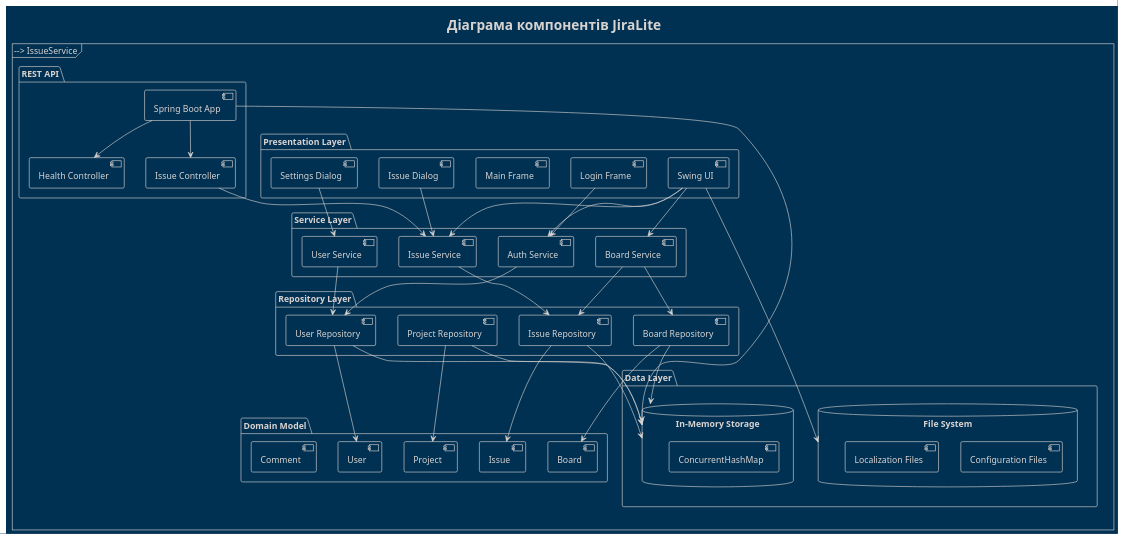
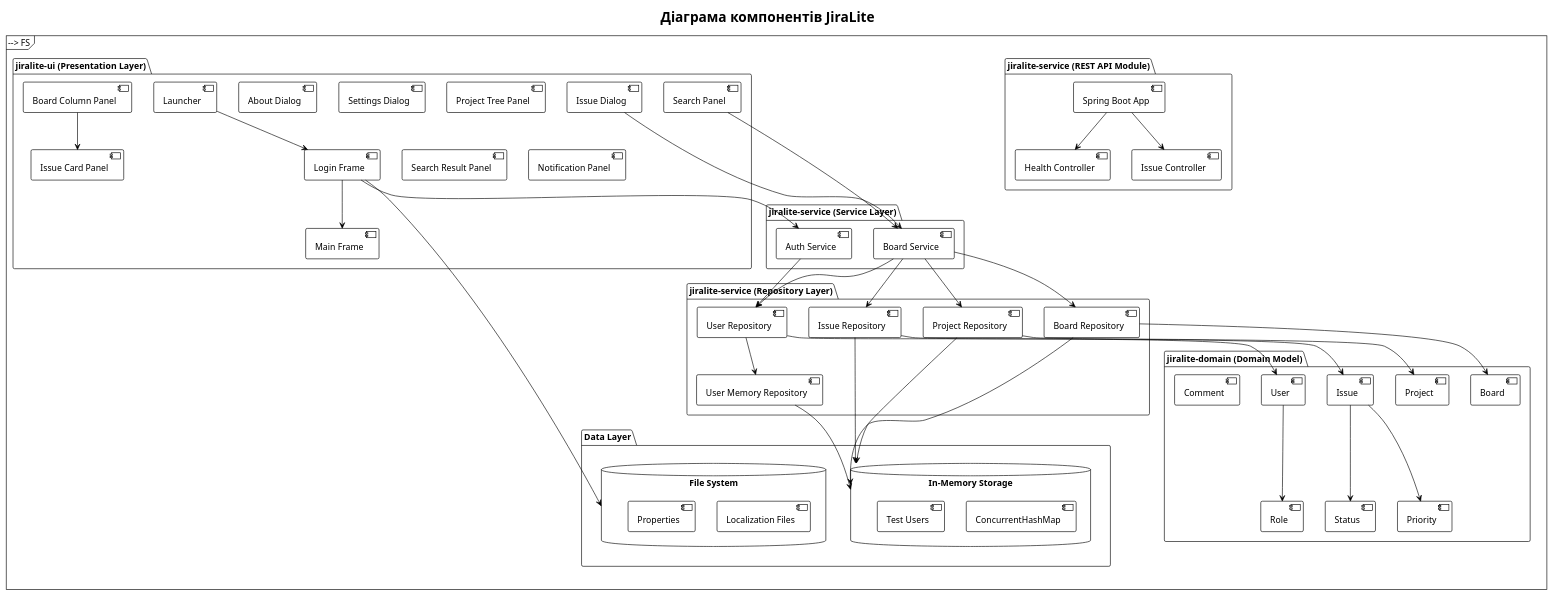
Before and after one commit to trubchinin/jira-light: the diagram in UML/component_diagram.puml, drawn with PlantUML. The commit also changed 11 other files, not shown here.

First line of the commit message:
Виправлено UML діаграми відповідно до фактичної структури проекту

```diff
--- a/UML/component_diagram.puml
+++ b/UML/component_diagram.puml
@@ -1,91 +1,119 @@
 @startuml component_diagram
-!theme blueprint
+!theme plain
+skinparam backgroundColor white
+skinparam defaultFontName Arial
 
 title Діаграма компонентів JiraLite
 
-package "Presentation Layer" {
-  [Swing UI] as UI
+package "jiralite-ui (Presentation Layer)" {
+  [Launcher] as Launcher
   [Login Frame] as LoginFrame
   [Main Frame] as MainFrame
   [Issue Dialog] as IssueDialog
+  [About Dialog] as AboutDialog
   [Settings Dialog] as SettingsDialog
+  [Project Tree Panel] as ProjectTreePanel
+  [Board Column Panel] as BoardColumnPanel
+  [Search Panel] as SearchPanel
+  [Search Result Panel] as SearchResultPanel
+  [Notification Panel] as NotificationPanel
+  [Issue Card Panel] as IssueCardPanel
 }
 
-package "Service Layer" {
+package "jiralite-service (Service Layer)" {
   [Auth Service] as AuthService
   [Board Service] as BoardService
-  [Issue Service] as IssueService
-  [User Service] as UserService
 }
 
-package "Repository Layer" {
+package "jiralite-service (Repository Layer)" {
   [User Repository] as UserRepo
   [Issue Repository] as IssueRepo
   [Project Repository] as ProjectRepo
   [Board Repository] as BoardRepo
+  [User Memory Repository] as UserMemoryRepo
 }
 
-package "Domain Model" {
+package "jiralite-domain (Domain Model)" {
   [User] as UserEntity
   [Issue] as IssueEntity
   [Project] as ProjectEntity
   [Board] as BoardEntity
   [Comment] as CommentEntity
+  [Priority] as PriorityEnum
+  [Status] as StatusEnum
+  [Role] as RoleEnum
 }
 
-package "REST API" {
+package "jiralite-service (REST API Module)" {
   [Health Controller] as HealthController
   [Issue Controller] as IssueController
   [Spring Boot App] as SpringApp
 }
 
 package "Data Layer" {
   database "In-Memory Storage" as Memory {
     [ConcurrentHashMap]
+    [Test Users]
   }
   
   database "File System" as FS {
-    [Configuration Files]
     [Localization Files]
+    [Properties]
   }
 }
 
 ' UI Layer connections
-UI --> AuthService
-UI --> BoardService
-UI --> IssueService
+Launcher --> LoginFrame
+LoginFrame --> AuthService
+LoginFrame --> MainFrame
 
-LoginFrame --> AuthService
 MainFrame --> BoardService
-MainFrame --> IssueService
-IssueDialog --> IssueService
-SettingsDialog --> UserService
+MainFrame --> AuthService
+MainFrame --> ProjectTreePanel
+MainFrame --> BoardColumnPanel
+MainFrame --> SearchPanel
+MainFrame --> SearchResultPanel
+MainFrame --> NotificationPanel
+MainFrame --> IssueDialog
+MainFrame --> AboutDialog
+MainFrame --> SettingsDialog
+
+IssueDialog --> BoardService
+BoardColumnPanel --> IssueCardPanel
+SearchPanel --> BoardService
 
 ' Service Layer connections
 AuthService --> UserRepo
+BoardService --> UserRepo
+BoardService --> IssueRepo
+BoardService --> ProjectRepo
 BoardService --> BoardRepo
-BoardService --> IssueRepo
-IssueService --> IssueRepo
-UserService --> UserRepo
 
-' Repository connections
+' Repository implementations
+UserRepo --> UserMemoryRepo
+
+' Repository connections to domain
 UserRepo --> UserEntity
 IssueRepo --> IssueEntity
 ProjectRepo --> ProjectEntity
 BoardRepo --> BoardEntity
 
-' REST API connections
+UserEntity --> RoleEnum
+IssueEntity --> StatusEnum
+IssueEntity --> PriorityEnum
+
+' REST API connections (separate module)
 SpringApp --> HealthController
 SpringApp --> IssueController
-IssueController --> IssueService
 
 ' Data connections
-UserRepo --> Memory
+UserMemoryRepo --> Memory
 IssueRepo --> Memory
 ProjectRepo --> Memory
 BoardRepo --> Memory
 
-UI --> FS
-SpringApp --> Memory
+' UI resources
+MainFrame --> FS
+LoginFrame --> FS
 
 @enduml 
```
